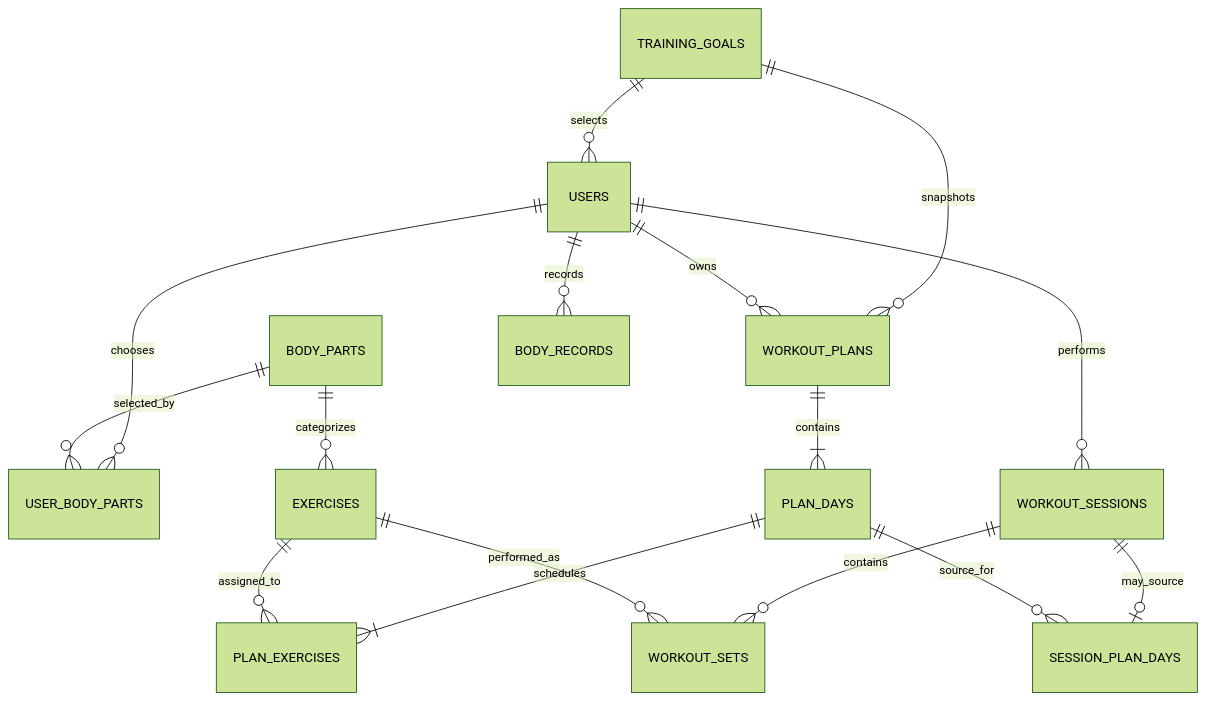
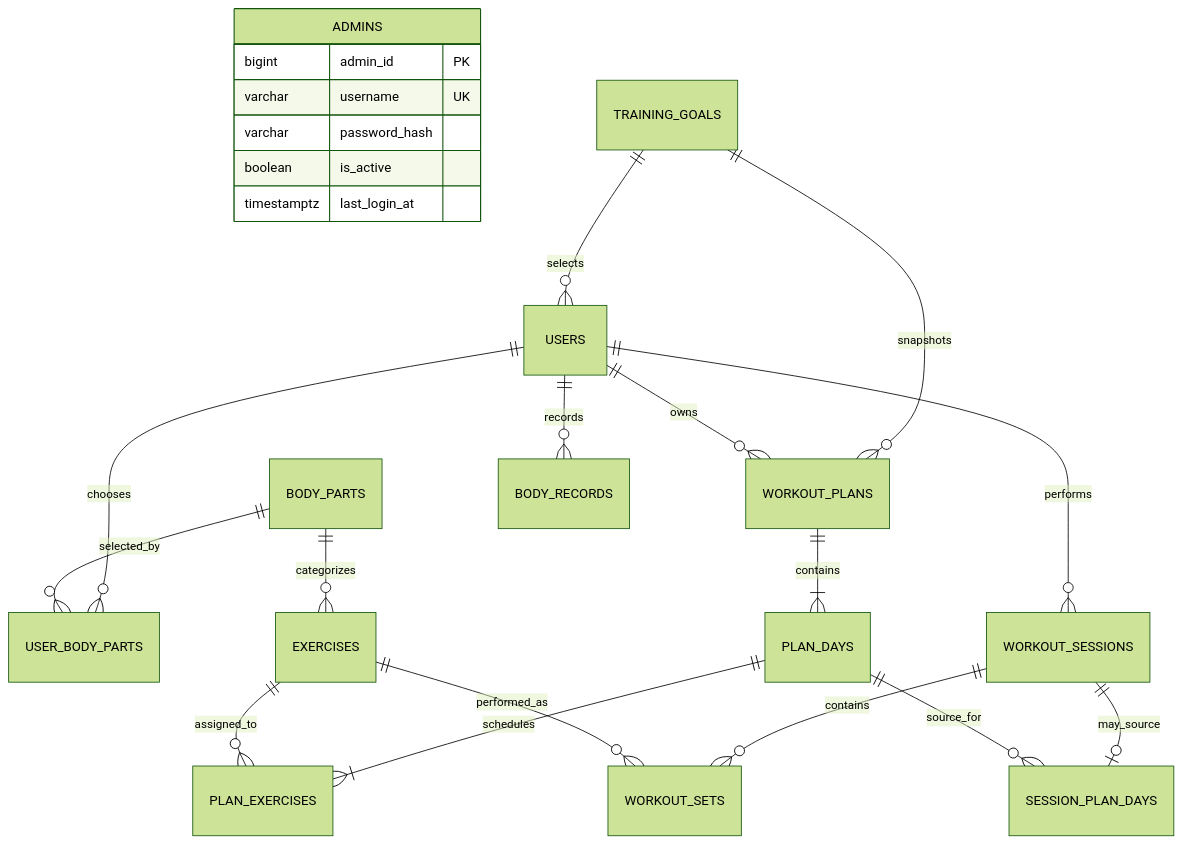
Before and after one commit to Loisekoy/-: the second of 2 diagrams in README.md, drawn with Mermaid (forest theme). The commit also changed other lines of this file and 33 other files, not shown here.

````diff
--- a/README.md
+++ b/README.md
@@ -62,18 +64,25 @@
 ```mermaid
 erDiagram
+    ADMINS {
+        bigint admin_id PK
+        varchar username UK
+        varchar password_hash
+        boolean is_active
+        timestamptz last_login_at
+    }
     TRAINING_GOALS ||--o{ USERS : selects
     TRAINING_GOALS ||--o{ WORKOUT_PLANS : snapshots
     USERS ||--o{ USER_BODY_PARTS : chooses
     BODY_PARTS ||--o{ USER_BODY_PARTS : selected_by
     BODY_PARTS ||--o{ EXERCISES : categorizes
     USERS ||--o{ WORKOUT_PLANS : owns
     WORKOUT_PLANS ||--|{ PLAN_DAYS : contains
     PLAN_DAYS ||--|{ PLAN_EXERCISES : schedules
     EXERCISES ||--o{ PLAN_EXERCISES : assigned_to
     USERS ||--o{ WORKOUT_SESSIONS : performs
     WORKOUT_SESSIONS ||--o| SESSION_PLAN_DAYS : may_source
     PLAN_DAYS ||--o{ SESSION_PLAN_DAYS : source_for
     WORKOUT_SESSIONS ||--o{ WORKOUT_SETS : contains
     EXERCISES ||--o{ WORKOUT_SETS : performed_as
     USERS ||--o{ BODY_RECORDS : records
 ```
````
